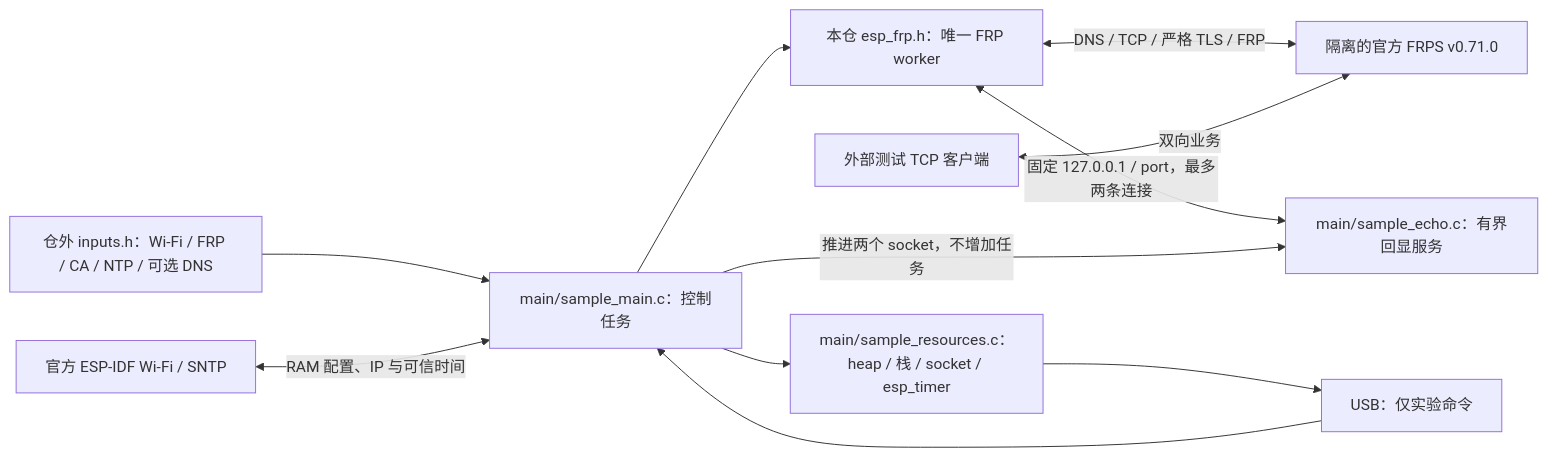
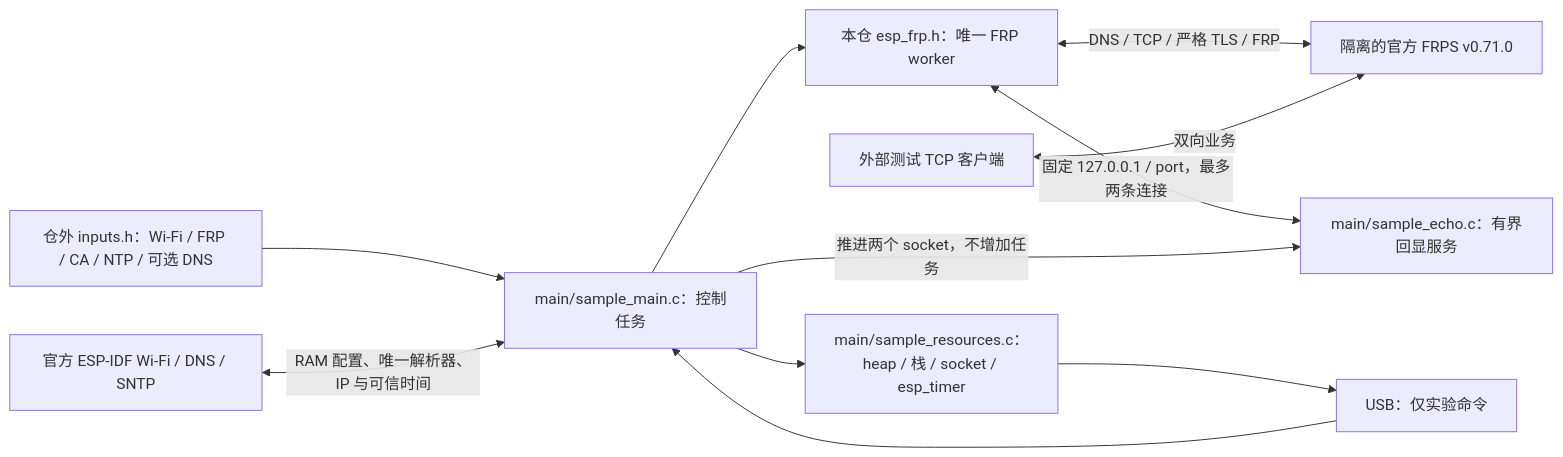
One commit to darren-you/esp-frp changed the diagram in examples/tcp_proxy/README.md. Above: the diagram before and after it, drawn with Mermaid. The commit also changed other lines of this file and 3 other files, not shown here.

````diff
--- a/examples/tcp_proxy/README.md
+++ b/examples/tcp_proxy/README.md
@@ -7,13 +7,13 @@
 ```mermaid
 flowchart LR
     input["仓外 inputs.h：Wi-Fi / FRP / CA / NTP / 可选 DNS"] --> main["main/sample_main.c：控制任务"]
-    sdk["官方 ESP-IDF Wi-Fi / SNTP"] <-->|"RAM 配置、IP 与可信时间"| main
+    sdk["官方 ESP-IDF Wi-Fi / DNS / SNTP"] <-->|"RAM 配置、唯一解析器、IP 与可信时间"| main
     main --> client["本仓 esp_frp.h：唯一 FRP worker"]
     client <-->|"DNS / TCP / 严格 TLS / FRP"| frps["隔离的官方 FRPS v0.71.0"]
     test["外部测试 TCP 客户端"] <-->|"双向业务"| frps
     client <-->|"固定 127.0.0.1 / port，最多两条连接"| echo["main/sample_echo.c：有界回显服务"]
     main -->|"推进两个 socket，不增加任务"| echo
     main --> resource["main/sample_resources.c：heap / 栈 / socket / esp_timer"]
     usb["USB：仅实验命令"] --> main
     resource --> usb
 ```
````
